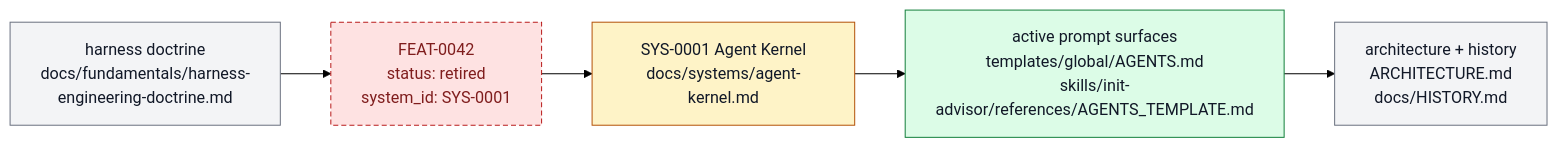
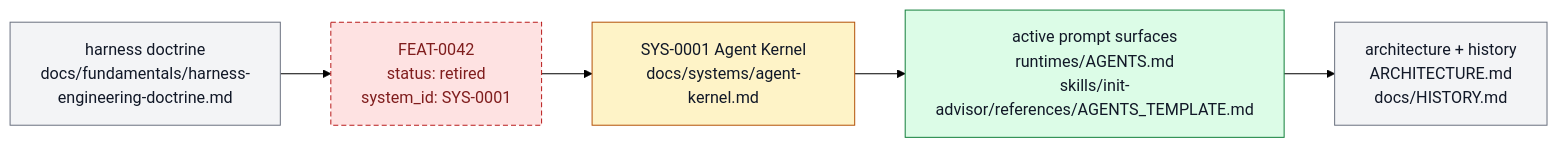
Before and after one commit to ZanarkandTechnologies/Farplane: the diagram in docs/features/FEAT-0042-lean-global-agent-operating-kernel.md, drawn with Mermaid (forest theme). The commit also changed other lines of this file and 223 other files, not shown here.

````diff
--- a/docs/features/FEAT-0042-lean-global-agent-operating-kernel.md
+++ b/docs/features/FEAT-0042-lean-global-agent-operating-kernel.md
@@ -91,15 +91,15 @@
 ```mermaid
 flowchart LR
   classDef keep fill:#f3f4f6,stroke:#6b7280,color:#111827
   classDef changed fill:#fef3c7,stroke:#b45309,color:#111827
   classDef added fill:#dcfce7,stroke:#15803d,color:#111827
   classDef retired fill:#fee2e2,stroke:#b91c1c,color:#7f1d1d,stroke-dasharray: 5 3
 
   doctrine["harness doctrine<br/>docs/fundamentals/harness-engineering-doctrine.md"]:::keep
   retired["FEAT-0042<br/>status: retired<br/>system_id: SYS-0001"]:::retired
   owner["SYS-0001 Agent Kernel<br/>docs/systems/agent-kernel.md"]:::changed
-  template["active prompt surfaces<br/>templates/global/AGENTS.md<br/>skills/init-advisor/references/AGENTS_TEMPLATE.md"]:::added
+  template["active prompt surfaces<br/>runtimes/AGENTS.md<br/>skills/init-advisor/references/AGENTS_TEMPLATE.md"]:::added
   record["architecture + history<br/>ARCHITECTURE.md<br/>docs/HISTORY.md"]:::keep
 
   doctrine --> retired --> owner --> template --> record
 ```
````
